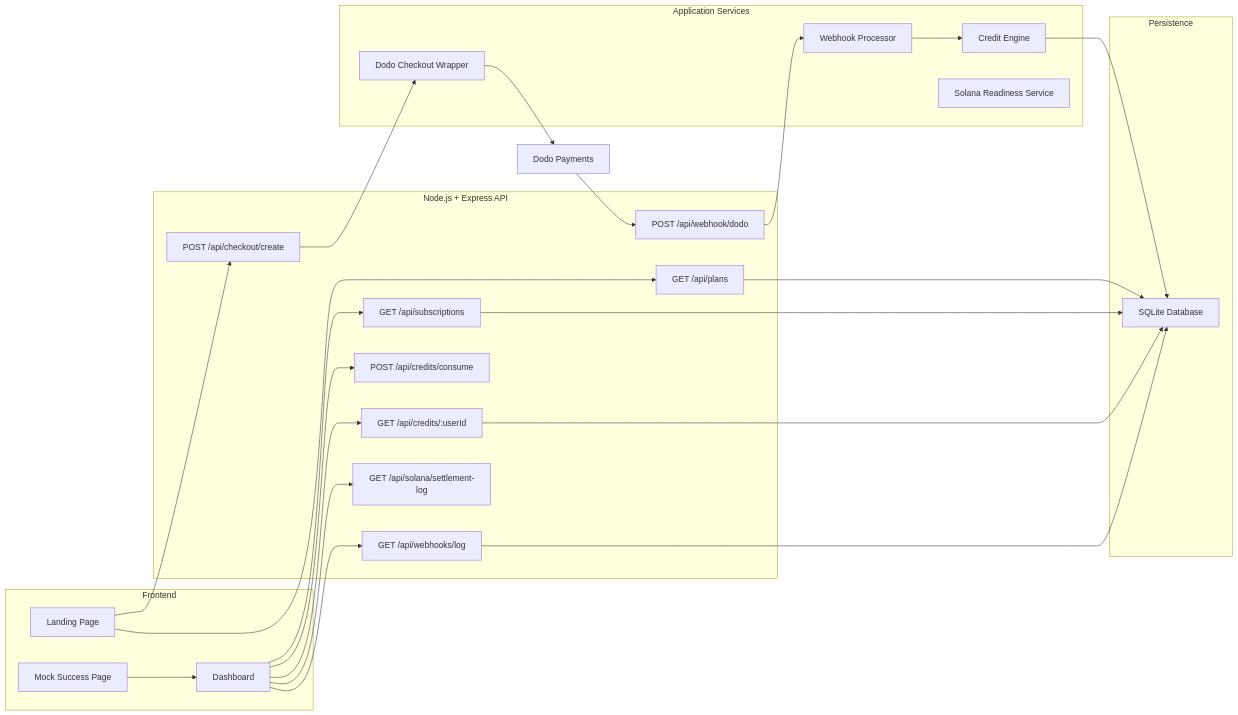
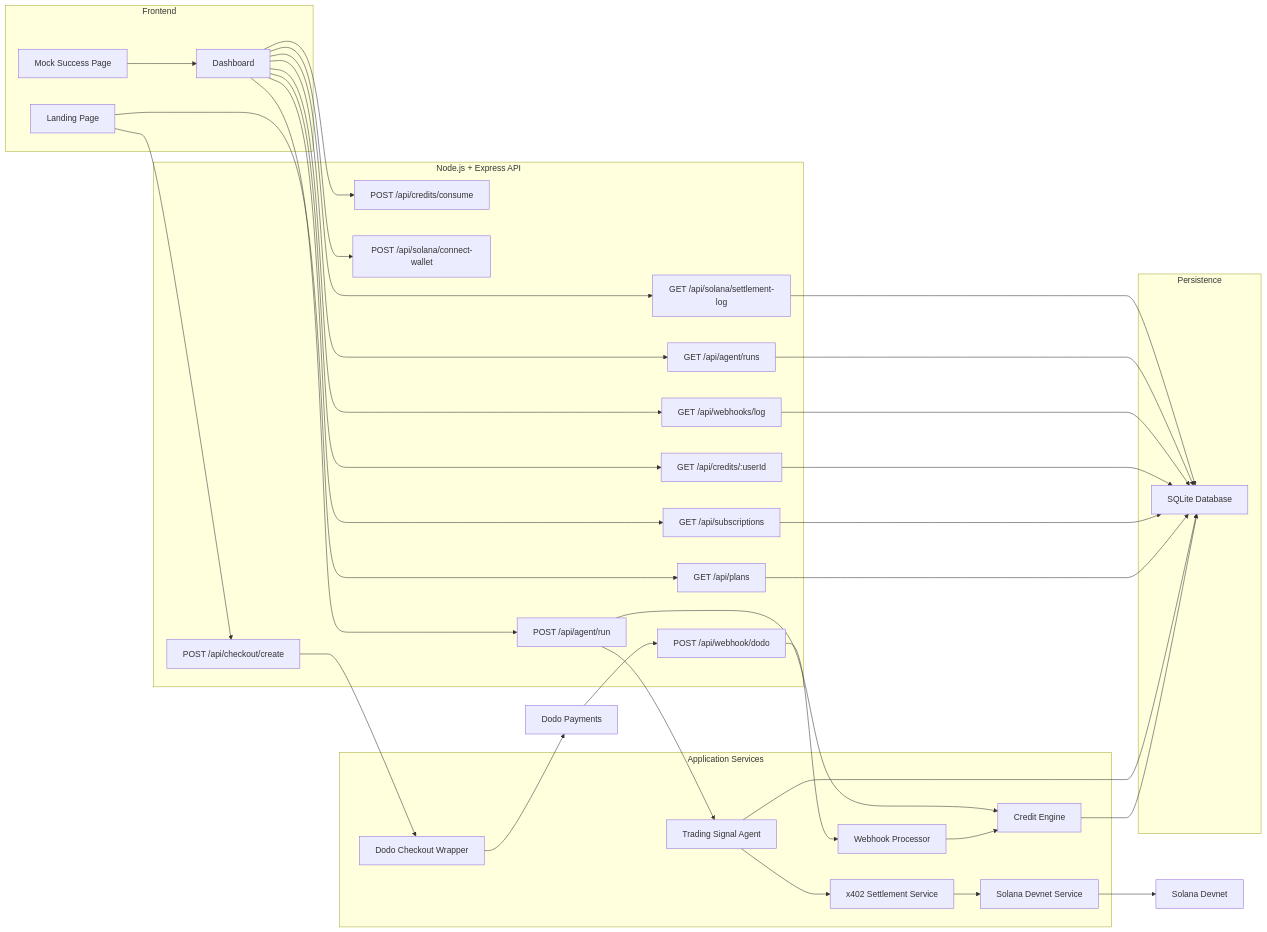
One commit to ShivamSoni20/DodoArc changed the first of 4 diagrams in README.md. Above: the diagram before and after it, drawn with Mermaid. The commit also changed other lines of this file and 16 other files, not shown here.

````diff
--- a/README.md
+++ b/README.md
@@ -35,53 +49,72 @@
 ```mermaid
 flowchart LR
     subgraph Frontend["Frontend"]
         Landing["Landing Page"]
         Dashboard["Dashboard"]
         MockSuccess["Mock Success Page"]
     end
 
     subgraph API["Node.js + Express API"]
         Plans["GET /api/plans"]
         Checkout["POST /api/checkout/create"]
         Subs["GET /api/subscriptions"]
         Credits["GET /api/credits/:userId"]
         Consume["POST /api/credits/consume"]
         Webhook["POST /api/webhook/dodo"]
         WebhookLog["GET /api/webhooks/log"]
-        SolanaStatus["GET /api/solana/settlement-log"]
+        Wallet["POST /api/solana/connect-wallet"]
+        AgentRun["POST /api/agent/run"]
+        AgentRuns["GET /api/agent/runs"]
+        SettlementLog["GET /api/solana/settlement-log"]
     end
 
     subgraph Services["Application Services"]
         DodoService["Dodo Checkout Wrapper"]
         CreditEngine["Credit Engine"]
         WebhookEngine["Webhook Processor"]
-        SolanaService["Solana Readiness Service"]
+        AgentService["Trading Signal Agent"]
+        X402Service["x402 Settlement Service"]
+        SolanaService["Solana Devnet Service"]
     end
 
     subgraph Data["Persistence"]
         SQLite["SQLite Database"]
     end
 
     Dodo["Dodo Payments"]
+    Solana["Solana Devnet"]
 
     Landing --> Plans
     Landing --> Checkout
     MockSuccess --> Dashboard
     Dashboard --> Subs
     Dashboard --> Credits
     Dashboard --> Consume
     Dashboard --> WebhookLog
-    Dashboard --> SolanaStatus
+    Dashboard --> Wallet
+    Dashboard --> AgentRun
+    Dashboard --> AgentRuns
+    Dashboard --> SettlementLog
 
     Checkout --> DodoService
     DodoService --> Dodo
     Dodo --> Webhook
 
     Webhook --> WebhookEngine
     WebhookEngine --> CreditEngine
     CreditEngine --> SQLite
+
+    AgentRun --> CreditEngine
+    AgentRun --> AgentService
+    AgentService --> X402Service
+    X402Service --> SolanaService
+    SolanaService --> Solana
+    AgentService --> SQLite
+
     Plans --> SQLite
     Subs --> SQLite
     Credits --> SQLite
     WebhookLog --> SQLite
+    AgentRuns --> SQLite
+    SettlementLog --> SQLite
 ```
````
